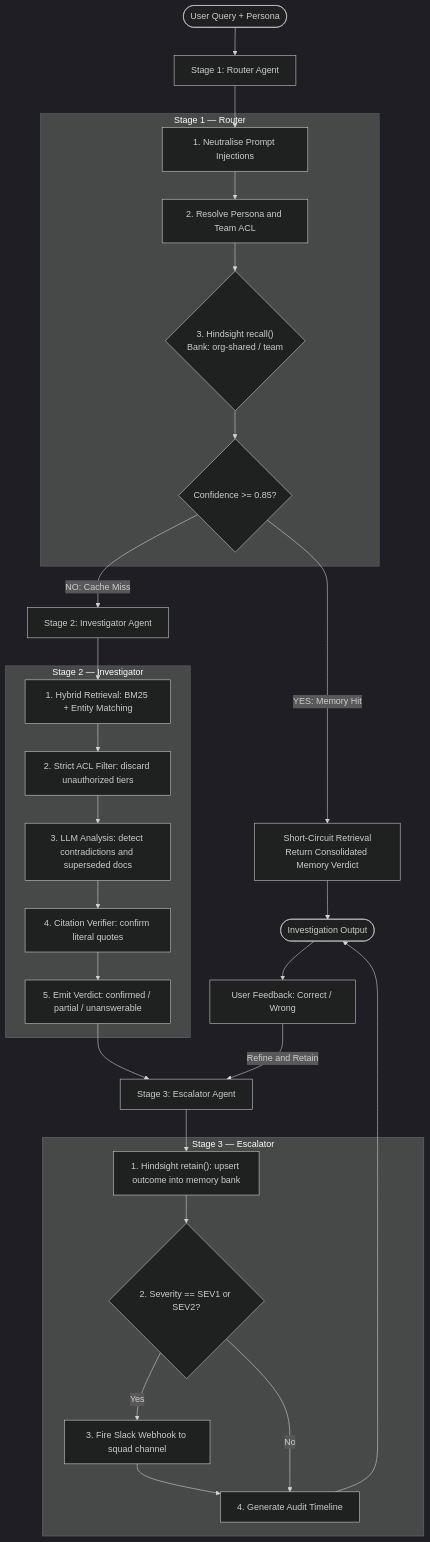
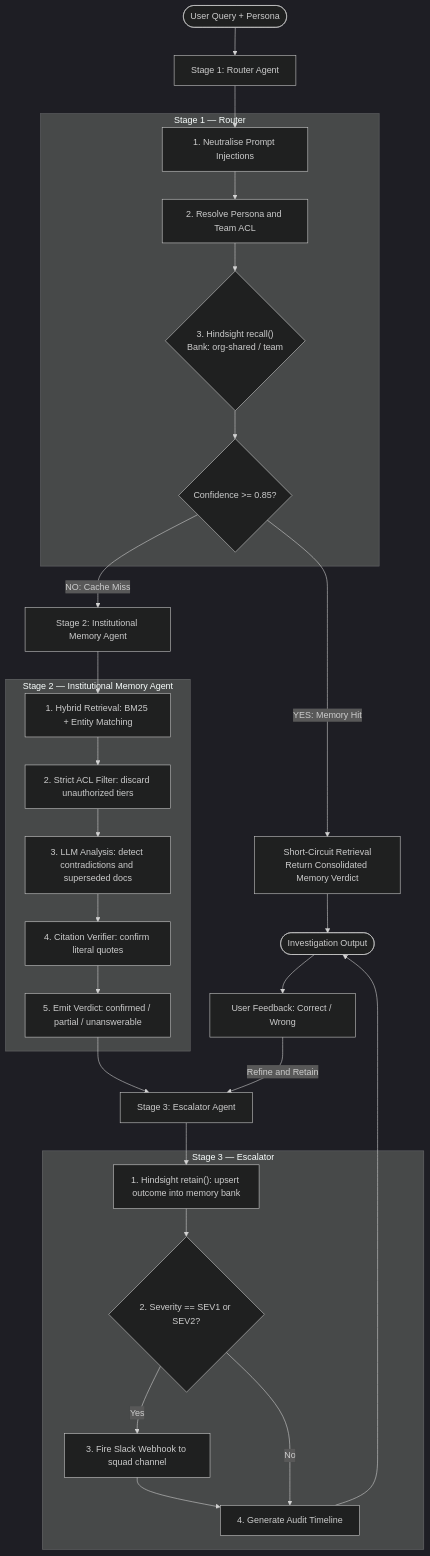
One commit to indra2215/HindTrace changed the first of 3 diagrams in docs/architecture/ARCHITECTURE_AND_USAGE.md. Above: the diagram before and after it, drawn with Mermaid (dark theme). The commit also changed other lines of this file and 5 other files, not shown here.

Commit message:
docs & core: standardize terminology to Autonomous Institutional Memory Agent across pipeline, UI, prompts, and docs

````diff
--- a/docs/architecture/ARCHITECTURE_AND_USAGE.md
+++ b/docs/architecture/ARCHITECTURE_AND_USAGE.md
@@ -83,47 +83,47 @@
 ```mermaid
 flowchart TD
     User(["User Query + Persona"]) --> Stage1["Stage 1: Router Agent"]
     
     subgraph Stage1_Box ["Stage 1 — Router"]
         S1_Sanitize["1. Neutralise Prompt Injections"]
         S1_Identify["2. Resolve Persona and Team ACL"]
         S1_Recall{"3. Hindsight recall()<br/>Bank: org-shared / team"}
         S1_Gate{"Confidence >= 0.85?"}
     end
     
     Stage1 --> S1_Sanitize --> S1_Identify --> S1_Recall --> S1_Gate
     
     %% Fast path: Memory hit
     S1_Gate -->|"YES: Memory Hit"| FastPath["Short-Circuit Retrieval<br/>Return Consolidated Memory Verdict"]
     FastPath --> Response(["Investigation Output"])
     
     %% Slow path: Corpus search
-    S1_Gate -->|"NO: Cache Miss"| Stage2["Stage 2: Investigator Agent"]
+    S1_Gate -->|"NO: Cache Miss"| Stage2["Stage 2: Institutional Memory Agent"]
     
-    subgraph Stage2_Box ["Stage 2 — Investigator"]
+    subgraph Stage2_Box ["Stage 2 — Institutional Memory Agent"]
         S2_Search["1. Hybrid Retrieval: BM25 + Entity Matching"]
         S2_ACL["2. Strict ACL Filter: discard unauthorized tiers"]
         S2_Deduce["3. LLM Analysis: detect contradictions and superseded docs"]
         S2_Cite["4. Citation Verifier: confirm literal quotes"]
         S2_Verdict["5. Emit Verdict: confirmed / partial / unanswerable"]
     end
     
     Stage2 --> S2_Search --> S2_ACL --> S2_Deduce --> S2_Cite --> S2_Verdict
     
     S2_Verdict --> Stage3["Stage 3: Escalator Agent"]
     
     subgraph Stage3_Box ["Stage 3 — Escalator"]
         S3_Retain["1. Hindsight retain(): upsert outcome into memory bank"]
         S3_Escalate{"2. Severity == SEV1 or SEV2?"}
         S3_Slack["3. Fire Slack Webhook to squad channel"]
         S3_Timeline["4. Generate Audit Timeline"]
     end
     
     Stage3 --> S3_Retain --> S3_Escalate
     S3_Escalate -->|"Yes"| S3_Slack --> S3_Timeline
     S3_Escalate -->|"No"| S3_Timeline
     
     S3_Timeline --> Response
     Response --> Feedback["User Feedback: Correct / Wrong"]
     Feedback -->|"Refine and Retain"| Stage3
 ```
````
